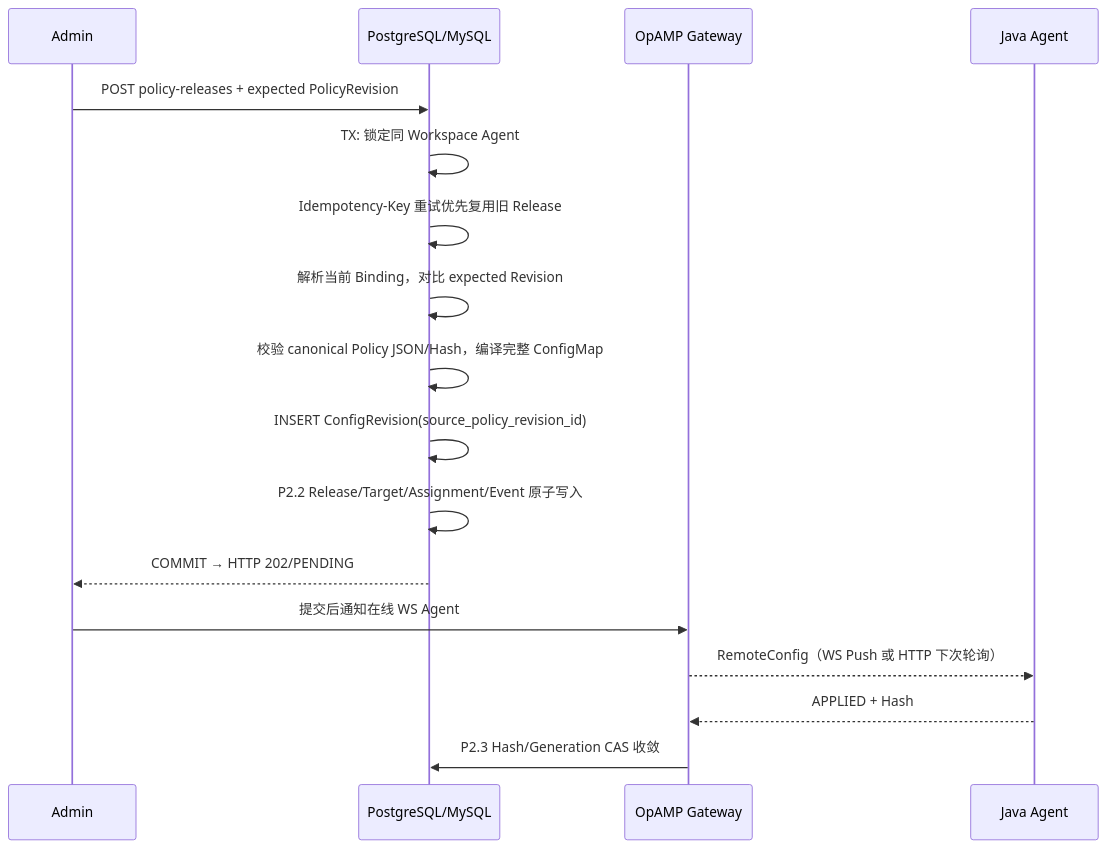
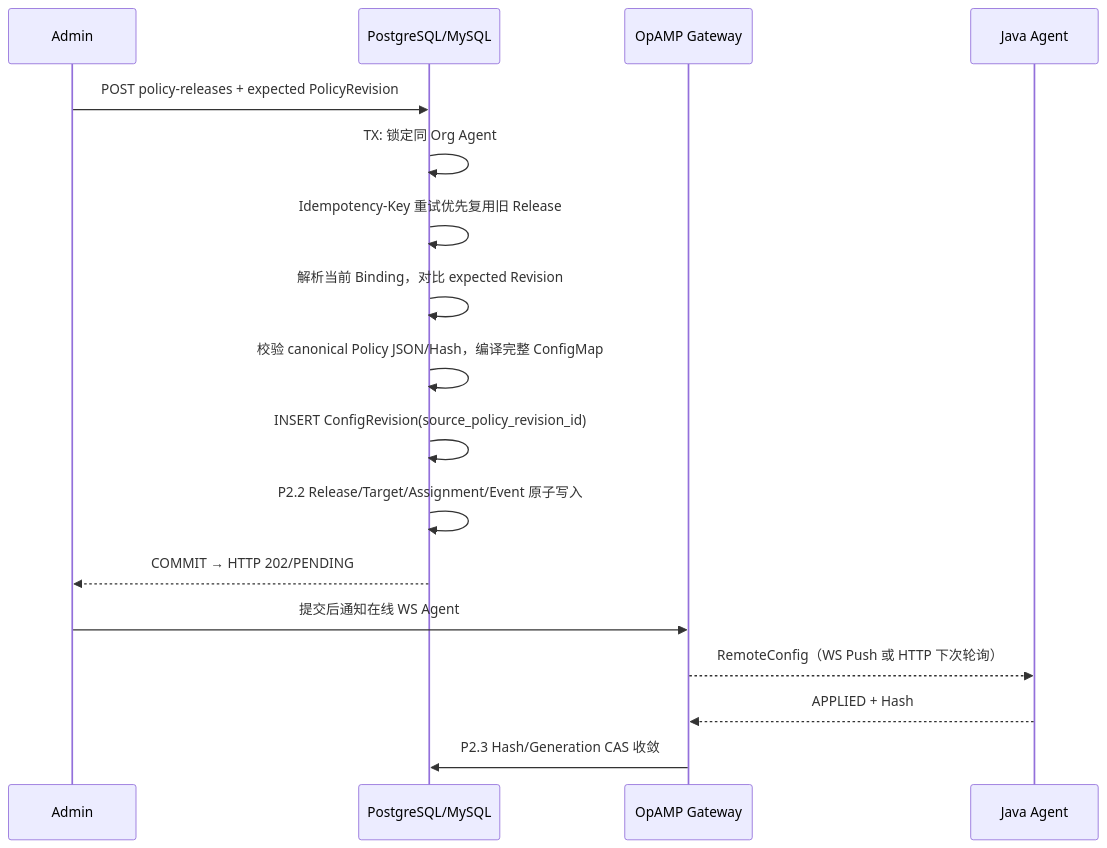
The diagram in docs/architecture/p25-policy-release.md (XiaoWeiKIN/apm-control-plane), drawn with Mermaid before and after one commit. The commit also changed other lines of this file and 74 other files, not shown here.

First line of the commit message:
refactor(org): use unified DataFox Admin Schema and numeric Org IDs (#26)

````diff
--- a/docs/architecture/p25-policy-release.md
+++ b/docs/architecture/p25-policy-release.md
@@ -9,19 +9,19 @@
 ```mermaid
 sequenceDiagram
     participant Admin
     participant DB as PostgreSQL/MySQL
     participant GW as OpAMP Gateway
     participant Java as Java Agent
     Admin->>DB: POST policy-releases + expected PolicyRevision
-    DB->>DB: TX: 锁定同 Workspace Agent
+    DB->>DB: TX: 锁定同 Org Agent
     DB->>DB: Idempotency-Key 重试优先复用旧 Release
     DB->>DB: 解析当前 Binding，对比 expected Revision
     DB->>DB: 校验 canonical Policy JSON/Hash，编译完整 ConfigMap
     DB->>DB: INSERT ConfigRevision(source_policy_revision_id)
     DB->>DB: P2.2 Release/Target/Assignment/Event 原子写入
     DB-->>Admin: COMMIT → HTTP 202/PENDING
     Admin->>GW: 提交后通知在线 WS Agent
     GW-->>Java: RemoteConfig（WS Push 或 HTTP 下次轮询）
     Java-->>GW: APPLIED + Hash
     GW->>DB: P2.3 Hash/Generation CAS 收敛
 ```
````
